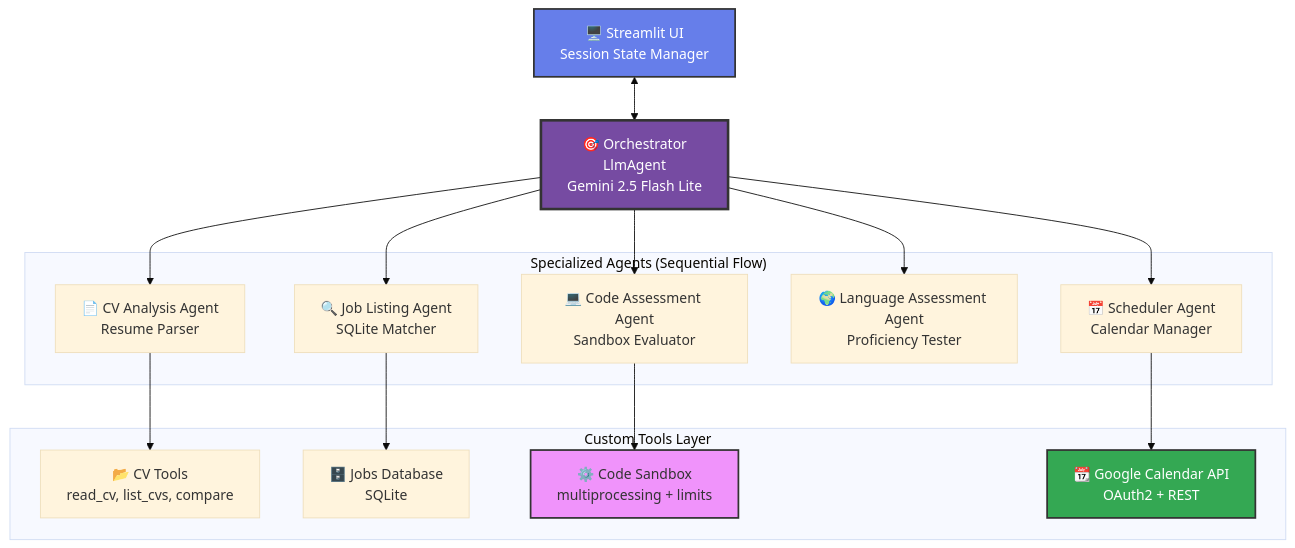
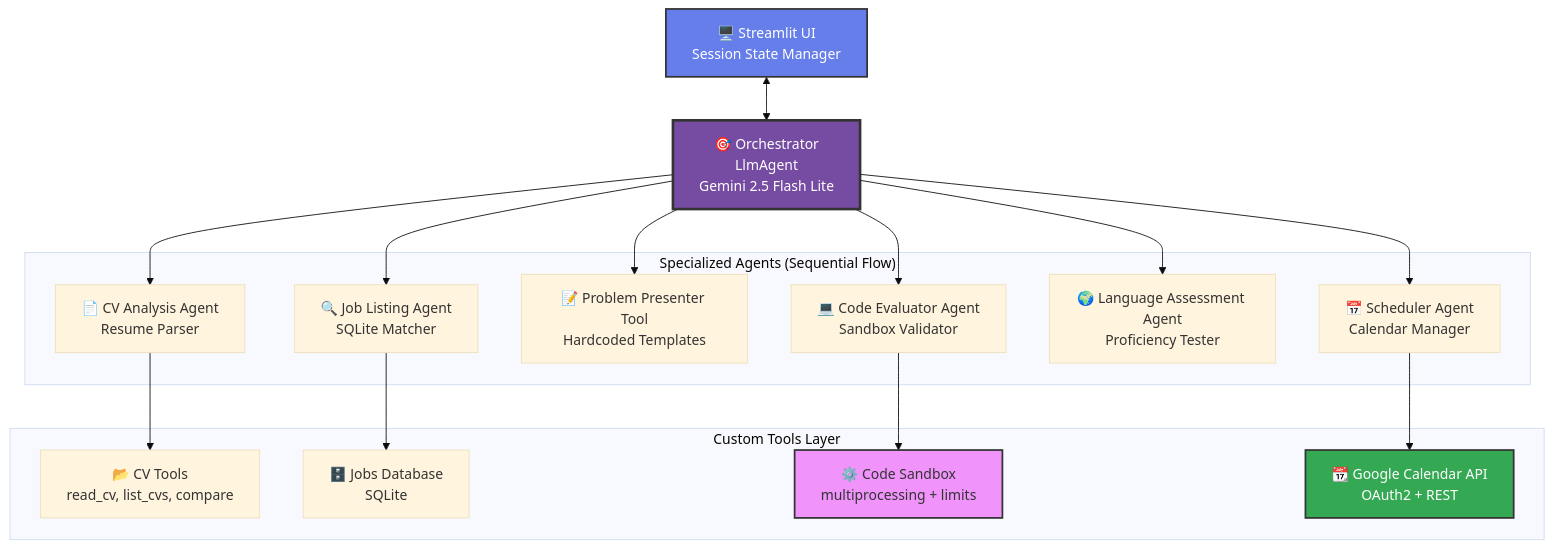
Before and after one commit to pitdagosti/agere-capstone-project-google-kaggle: the diagram in README.md, drawn with Mermaid (base theme). The commit also changed other lines of this file and 1 other file, not shown here.

First line of the commit message:
Update README.md to reflect changes in code assessment process and tool architecture

````diff
--- a/README.md
+++ b/README.md
@@ -367,32 +381,34 @@
 ```mermaid
 graph TB
     UI[🖥️ Streamlit UI<br/>Session State Manager]
     ORCH[🎯 Orchestrator<br/>LlmAgent<br/>Gemini 2.5 Flash Lite]
     
     subgraph "Specialized Agents (Sequential Flow)"
         CV[📄 CV Analysis Agent<br/>Resume Parser]
         JOB[🔍 Job Listing Agent<br/>SQLite Matcher]
-        CODE[💻 Code Assessment Agent<br/>Sandbox Evaluator]
+        PROB[📝 Problem Presenter Tool<br/>Hardcoded Templates]
+        CODE[💻 Code Evaluator Agent<br/>Sandbox Validator]
         LANG[🌍 Language Assessment Agent<br/>Proficiency Tester]
         SCHED[📅 Scheduler Agent<br/>Calendar Manager]
     end
     
     subgraph "Custom Tools Layer"
         CVTOOLS[📂 CV Tools<br/>read_cv, list_cvs, compare]
         JOBDB[🗄️ Jobs Database<br/>SQLite]
         SANDBOX[⚙️ Code Sandbox<br/>multiprocessing + limits]
         GCAL[📆 Google Calendar API<br/>OAuth2 + REST]
     end
     
     UI <--> ORCH
     ORCH --> CV --> CVTOOLS
     ORCH --> JOB --> JOBDB
+    ORCH --> PROB
     ORCH --> CODE --> SANDBOX
     ORCH --> LANG
     ORCH --> SCHED --> GCAL
     
     style UI fill:#667eea,stroke:#333,stroke-width:2px,color:#fff
     style ORCH fill:#764ba2,stroke:#333,stroke-width:3px,color:#fff
     style SANDBOX fill:#f093fb,stroke:#333,stroke-width:2px
     style GCAL fill:#34a853,stroke:#333,stroke-width:2px,color:#fff
 ```
````
